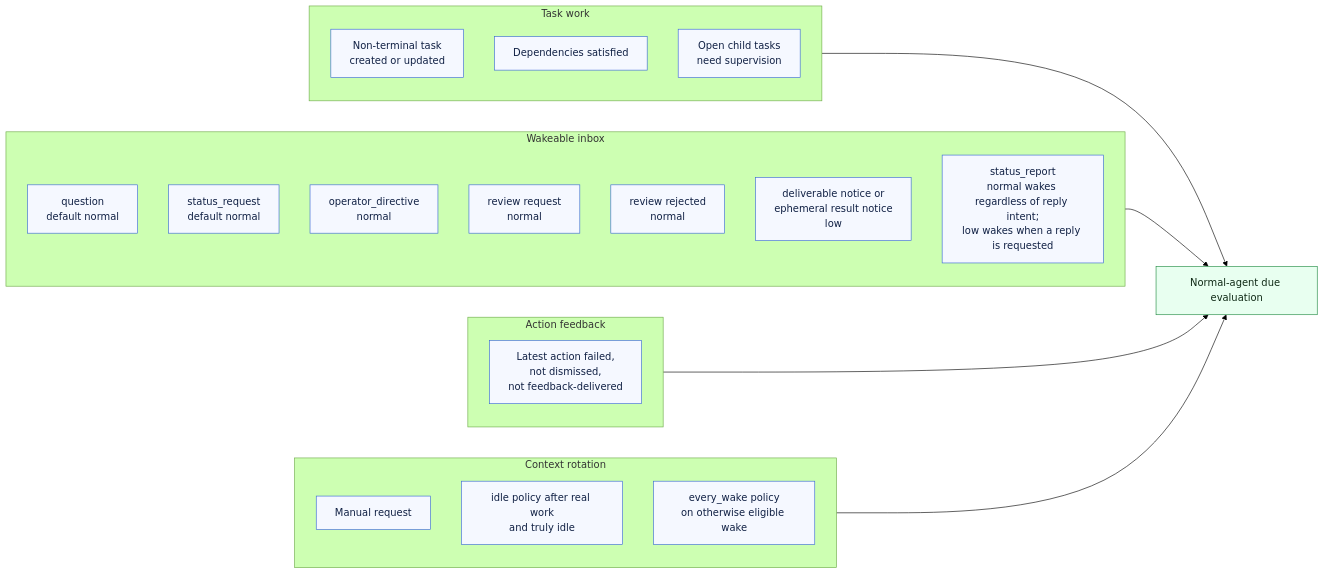
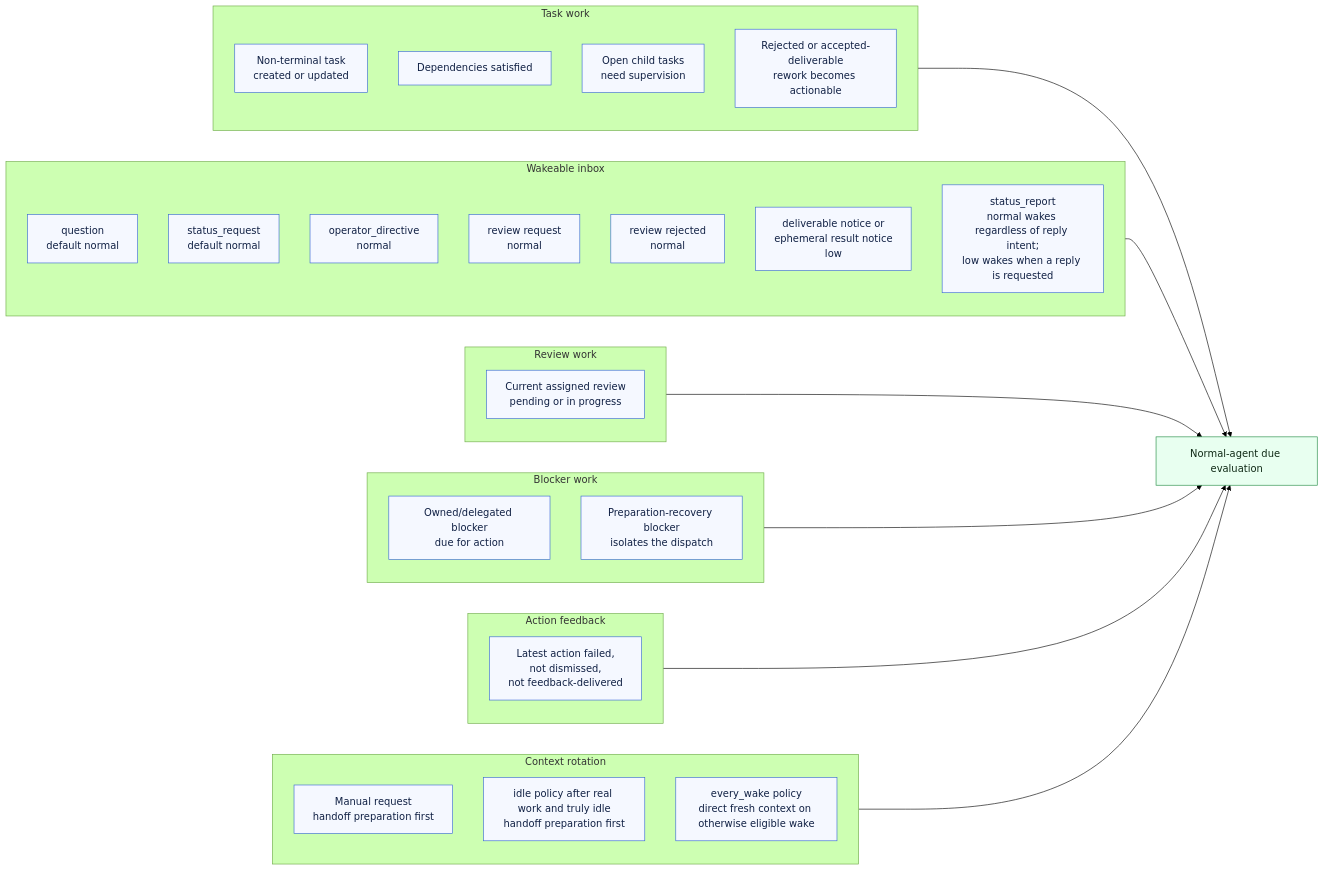
Before and after one commit to QuinthSoftwareSolutions/evander: the fourth of 10 diagrams in docs/team-addon-wake-decision-tree.md, drawn with Mermaid (forest theme). The commit also changed other lines of this file and 25 other files, not shown here.

````diff
--- a/docs/team-addon-wake-decision-tree.md
+++ b/docs/team-addon-wake-decision-tree.md
@@ -119,38 +202,50 @@
 ```mermaid
 flowchart LR
     subgraph TaskWork["Task work"]
         new_task["Non-terminal task<br/>created or updated"]
         deps["Dependencies satisfied"]
         children["Open child tasks<br/>need supervision"]
+        rework["Rejected or accepted-deliverable<br/>rework becomes actionable"]
     end
 
     subgraph Inbox["Wakeable inbox"]
         question["question<br/>default normal"]
         status_request["status_request<br/>default normal"]
         operator_directive["operator_directive<br/>normal"]
         review_request["review request<br/>normal"]
         review_rejected["review rejected<br/>normal"]
         low_notice["deliverable notice or<br/>ephemeral result notice<br/>low"]
         status_report["status_report<br/>normal wakes regardless of reply intent;<br/>low wakes when a reply is requested"]
     end
 
+    subgraph Review["Review work"]
+        review_pending["Current assigned review<br/>pending or in progress"]
+    end
+
+    subgraph Blocker["Blocker work"]
+        blocker_due["Owned/delegated blocker<br/>due for action"]
+        prep_recovery["Preparation-recovery blocker<br/>isolates the dispatch"]
+    end
+
     subgraph Feedback["Action feedback"]
         invalid_action["Latest action failed,<br/>not dismissed,<br/>not feedback-delivered"]
     end
 
     subgraph Rotation["Context rotation"]
-        manual["Manual request"]
-        idle["idle policy after real work<br/>and truly idle"]
-        every_wake["every_wake policy<br/>on otherwise eligible wake"]
+        manual["Manual request<br/>handoff preparation first"]
+        idle["idle policy after real work and truly idle<br/>handoff preparation first"]
+        every_wake["every_wake policy<br/>direct fresh context on otherwise eligible wake"]
     end
 
     TaskWork --> normal_due["Normal-agent due evaluation"]
     Inbox --> normal_due
+    Review --> normal_due
+    Blocker --> normal_due
     Feedback --> normal_due
     Rotation --> normal_due
 
     classDef source fill:#f5f8ff,stroke:#3867d6,color:#102044;
     classDef sink fill:#e8fff0,stroke:#208a42,color:#102a16;
-    class new_task,deps,children,question,status_request,operator_directive,review_request,review_rejected,low_notice,status_report,invalid_action,manual,idle,every_wake source;
+    class new_task,deps,children,rework,question,status_request,operator_directive,review_request,review_rejected,low_notice,status_report,review_pending,blocker_due,prep_recovery,invalid_action,manual,idle,every_wake source;
     class normal_due sink;
 ```
````
